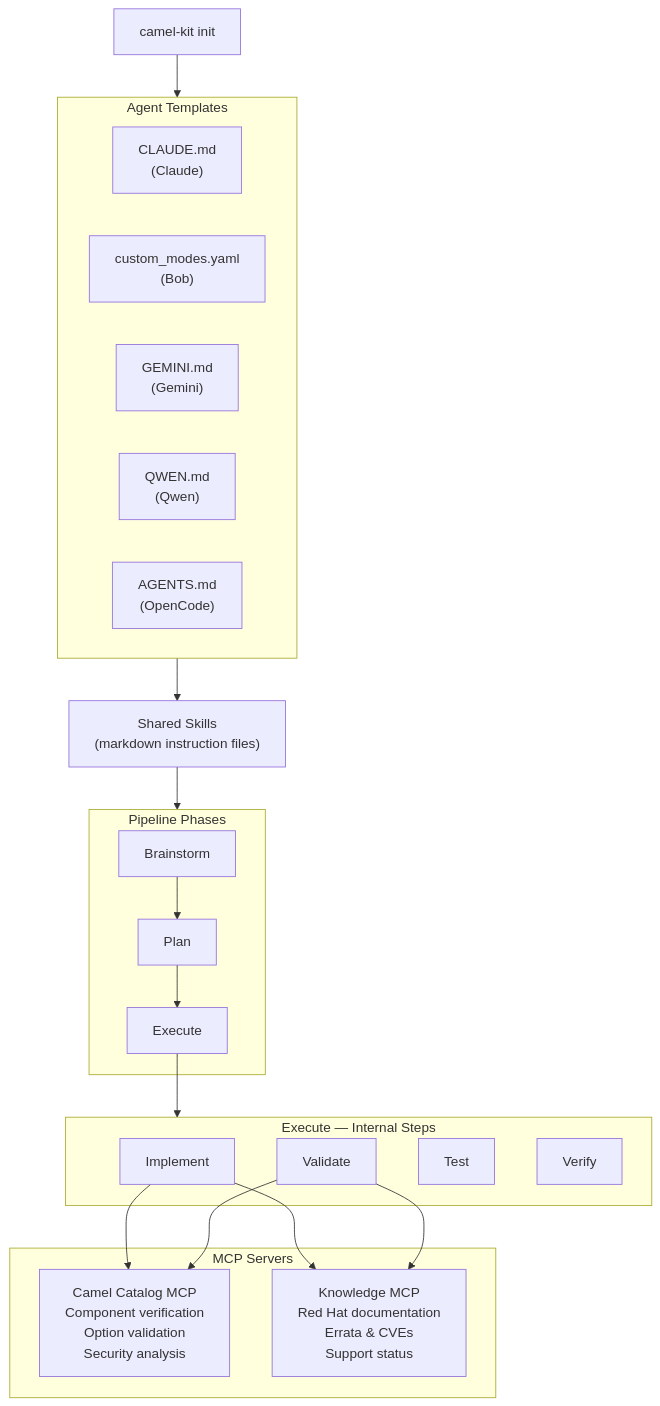
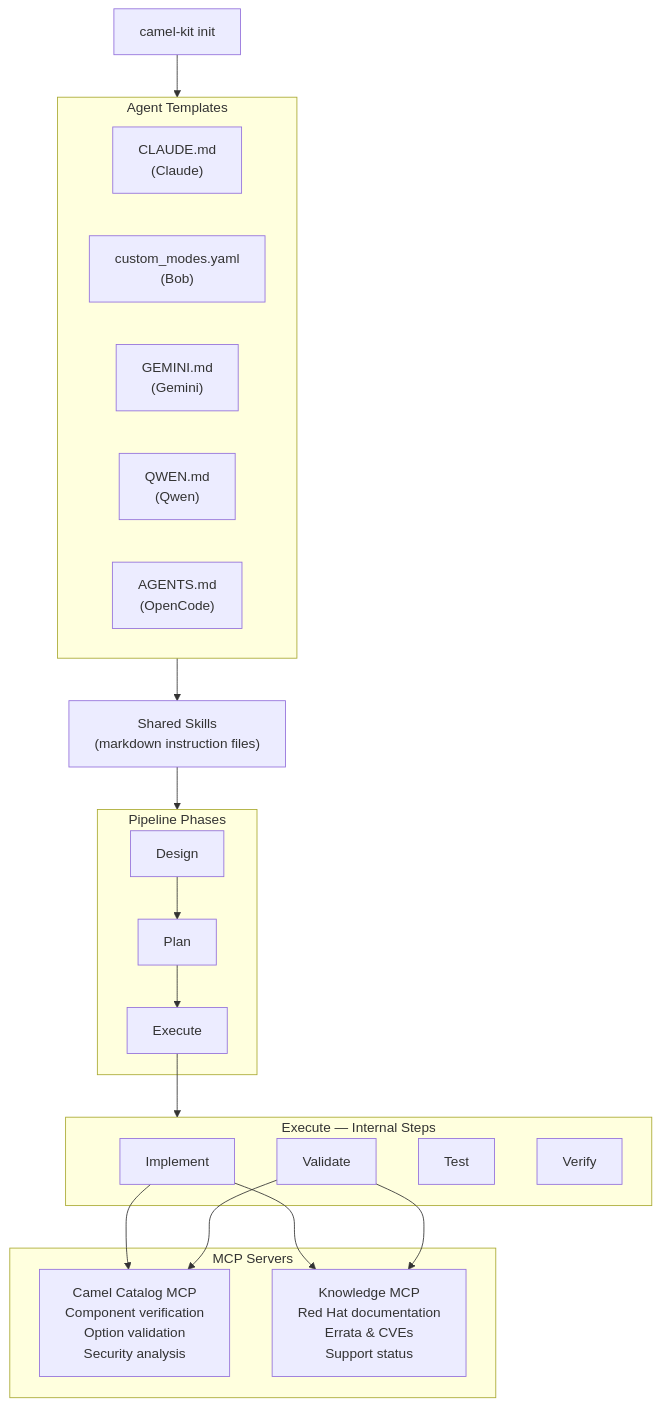
The seventh of 7 diagrams in docs/camel-kit-overview.md (luigidemasi/camel-kit), drawn with Mermaid before and after one commit. The commit also changed other lines of this file and 32 other files, not shown here.

````diff
--- a/docs/camel-kit-overview.md
+++ b/docs/camel-kit-overview.md
@@ -365,40 +386,40 @@
 ```mermaid
 flowchart TB
     init["camel-kit init"]
 
     subgraph templates ["Agent Templates"]
         claude["CLAUDE.md\n(Claude)"]
         bob["custom_modes.yaml\n(Bob)"]
         gemini["GEMINI.md\n(Gemini)"]
         qwen["QWEN.md\n(Qwen)"]
         opencode["AGENTS.md\n(OpenCode)"]
     end
 
     skills["Shared Skills\n(markdown instruction files)"]
 
     subgraph pipeline ["Pipeline Phases"]
-        brainstorm["Brainstorm"]
+        design["Design"]
         plan["Plan"]
         execute["Execute"]
     end
 
     subgraph internal ["Execute — Internal Steps"]
         implement["Implement"]
         validate["Validate"]
         test["Test"]
         verify["Verify"]
     end
 
     subgraph mcp ["MCP Servers"]
         catalog["Camel Catalog MCP\nComponent verification\nOption validation\nSecurity analysis"]
         knowledge["Knowledge MCP\nRed Hat documentation\nErrata & CVEs\nSupport status"]
     end
 
     init --> templates
     templates --> skills
     skills --> pipeline
-    brainstorm --> plan --> execute
+    design --> plan --> execute
     execute --> internal
     implement & validate --> catalog
     implement & validate --> knowledge
 ```
````
